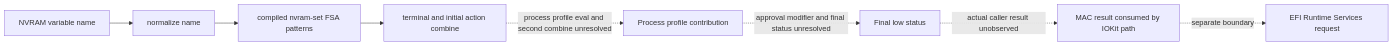
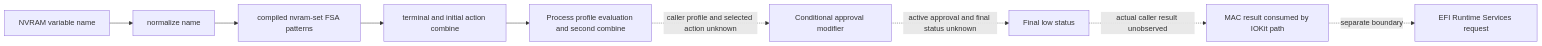
One commit to hideouts-io/macos-install-security-research changed the diagram in diagrams/nvram-authorization.mmd. Above: the diagram before and after it, drawn with Mermaid. The commit also changed 19 other files, not shown here.

```diff
--- a/diagrams/nvram-authorization.mmd
+++ b/diagrams/nvram-authorization.mmd
@@ -1,8 +1,9 @@
 flowchart LR
   A[NVRAM variable name] --> B[normalize name]
   B --> C[compiled nvram-set FSA patterns]
   C --> D[terminal and initial action combine]
-  D -. process profile eval and second combine unresolved .-> E[Process profile contribution]
-  E -. approval modifier and final status unresolved .-> F[Final low status]
-  F -. actual caller result unobserved .-> G[MAC result consumed by IOKit path]
-  G -. separate boundary .-> H[EFI Runtime Services request]
+  D --> E[Process profile evaluation and second combine]
+  E -. caller profile and selected action unknown .-> F[Conditional approval modifier]
+  F -. active approval and final status unknown .-> G[Final low status]
+  G -. actual caller result unobserved .-> H[MAC result consumed by IOKit path]
+  H -. separate boundary .-> I[EFI Runtime Services request]
```
